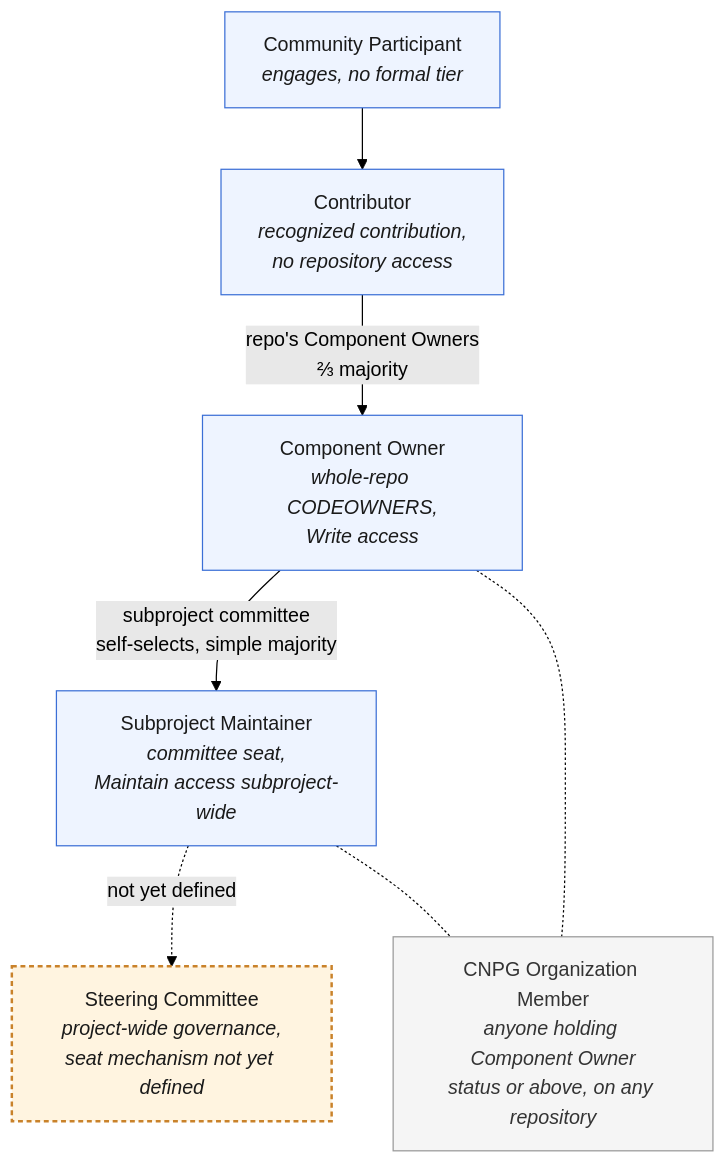
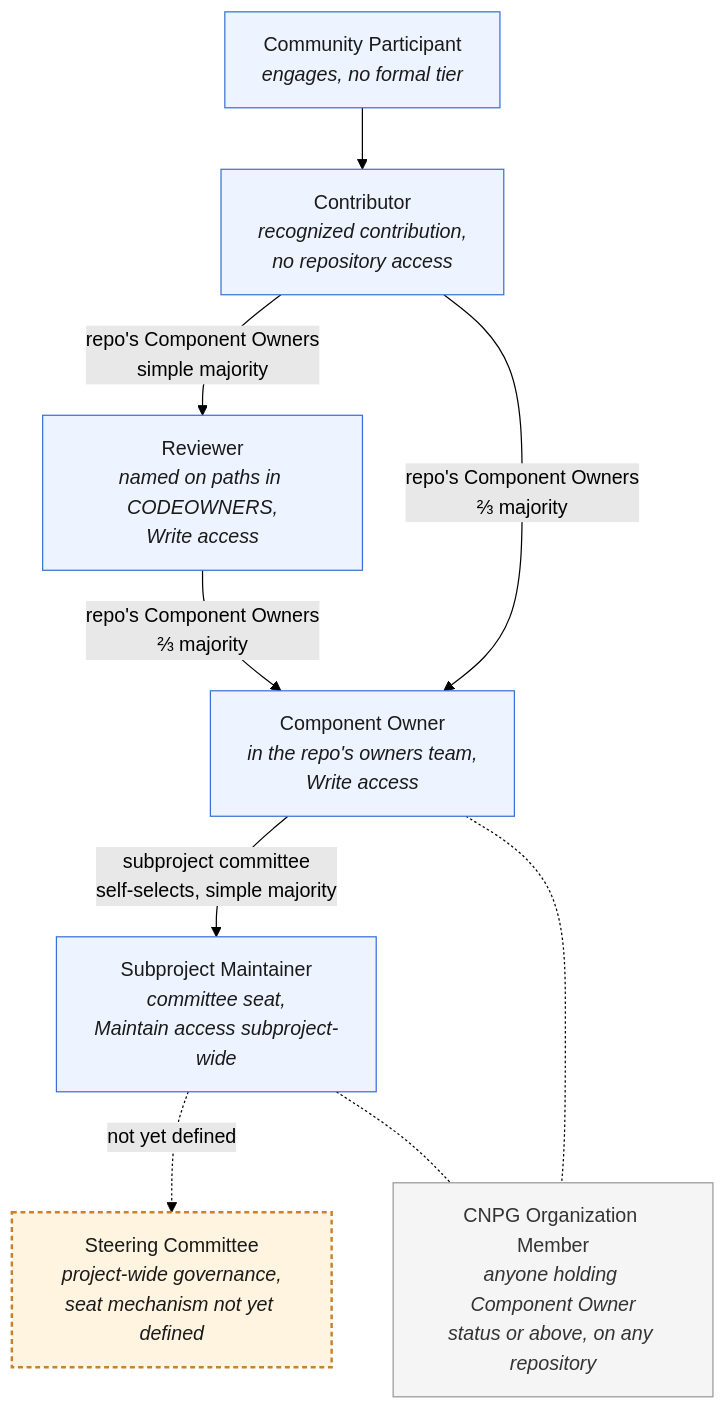
The diagram in CONTRIBUTOR_LADDER.md (cloudnative-pg/governance), drawn with Mermaid (forest theme) before and after one commit. The commit also changed other lines of this file and 1 other file, not shown here.

````diff
--- a/CONTRIBUTOR_LADDER.md
+++ b/CONTRIBUTOR_LADDER.md
@@ -50,25 +56,28 @@
 ```mermaid
 flowchart TD
     CP["Community Participant<br/><i>engages, no formal tier</i>"]
     CT["Contributor<br/><i>recognized contribution,<br/>no repository access</i>"]
-    CO["Component Owner<br/><i>whole-repo CODEOWNERS,<br/>Write access</i>"]
+    RV["Reviewer<br/><i>named on paths in CODEOWNERS,<br/>Write access</i>"]
+    CO["Component Owner<br/><i>in the repo's owners team,<br/>Write access</i>"]
     SM["Subproject Maintainer<br/><i>committee seat,<br/>Maintain access subproject-wide</i>"]
     SC["Steering Committee<br/><i>project-wide governance,<br/>seat mechanism not yet defined</i>"]
 
     CP --> CT
+    CT -->|"repo's Component Owners<br/>simple majority"| RV
     CT -->|"repo's Component Owners<br/>⅔ majority"| CO
+    RV -->|"repo's Component Owners<br/>⅔ majority"| CO
     CO -->|"subproject committee<br/>self-selects, simple majority"| SM
     SM -.->|"not yet defined"| SC
 
     OM["CNPG Organization Member<br/><i>anyone holding Component Owner<br/>status or above, on any repository</i>"]
     CO -.- OM
     SM -.- OM
 
     classDef rung fill:#eef4ff,stroke:#3b6fd6,stroke-width:1px,color:#1a1a1a;
     classDef open fill:#fff4e0,stroke:#c9822a,stroke-width:2px,stroke-dasharray:4 3,color:#1a1a1a;
     classDef note fill:#f5f5f5,stroke:#999999,stroke-width:1px,color:#333333;
 
-    class CP,CT,CO,SM rung;
+    class CP,CT,RV,CO,SM rung;
     class SC open;
     class OM note;
 ```
````
